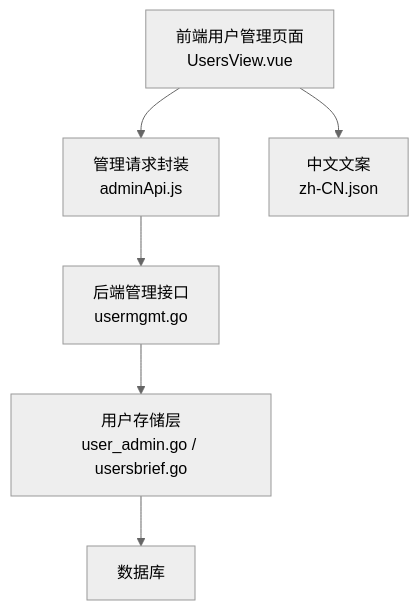
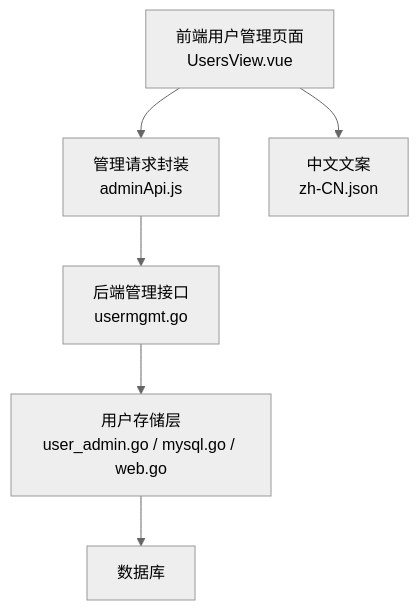
Before and after one commit to YimingZhanshen/skin-nexus: the first of 6 diagrams in docs/handbook/用户管理.md, drawn with Mermaid (neutral theme). The commit also changed other lines of this file and 9 other files, not shown here.

````diff
--- a/docs/handbook/用户管理.md
+++ b/docs/handbook/用户管理.md
@@ -37,8 +40,8 @@
 ```mermaid
 graph TB
     UsersView["前端用户管理页面<br/>UsersView.vue"] --> AdminApi["管理请求封装<br/>adminApi.js"]
     AdminApi --> AdminAPI["后端管理接口<br/>usermgmt.go"]
-    AdminAPI --> Store["用户存储层<br/>user_admin.go / usersbrief.go"]
+    AdminAPI --> Store["用户存储层<br/>user_admin.go / mysql.go / web.go"]
     Store --> Database["数据库"]
     UsersView --> Locale["中文文案<br/>zh-CN.json"]
 ```
````
